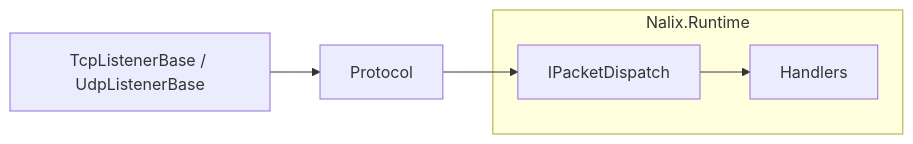
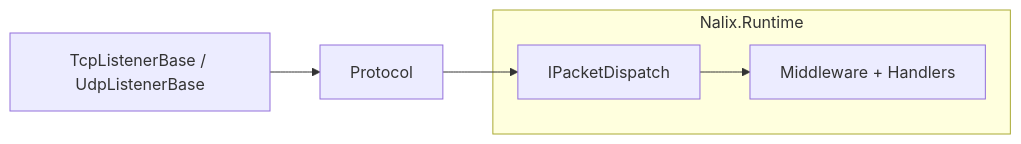
Before and after one commit to ppn-systems/Nalix: the diagram in docs/packages/nalix-network.md, drawn with Mermaid. The commit also changed other lines of this file and 75 other files, not shown here.

````diff
--- a/docs/packages/nalix-network.md
+++ b/docs/packages/nalix-network.md
@@ -10,8 +10,8 @@
 ```mermaid
 flowchart LR
     A["TcpListenerBase / UdpListenerBase"] --> B["Protocol"]
     B --> C["IPacketDispatch"]
-    subgraph Nalix.Runtime
-        C --> D["Handlers"]
+    subgraph Runtime ["Nalix.Runtime"]
+        C --> D["Middleware + Handlers"]
     end
 ```
````
